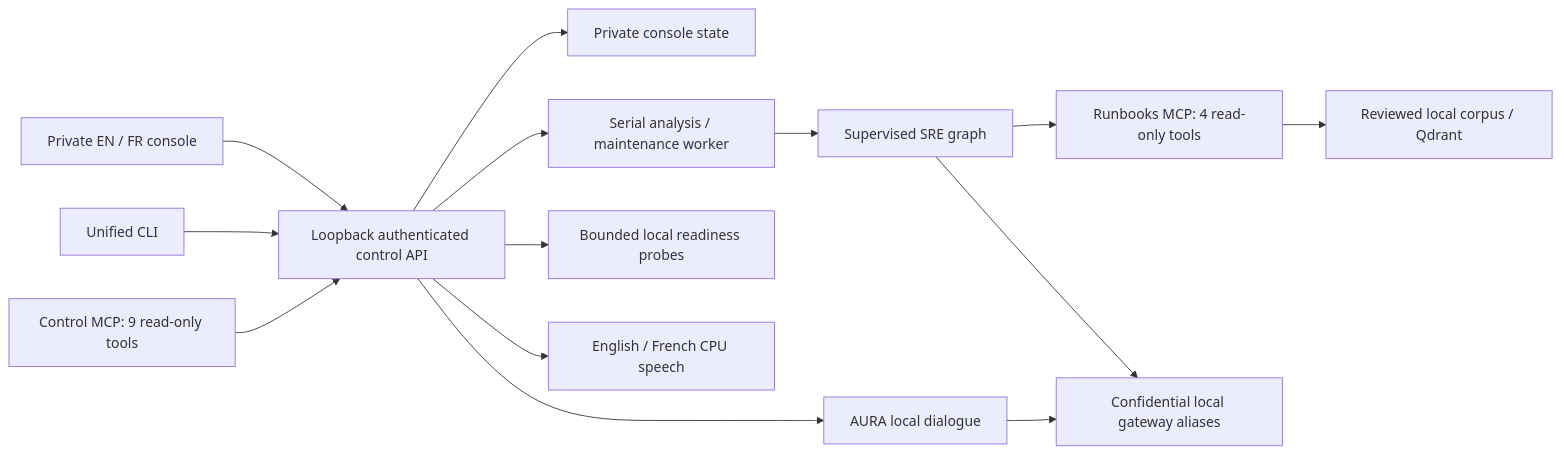
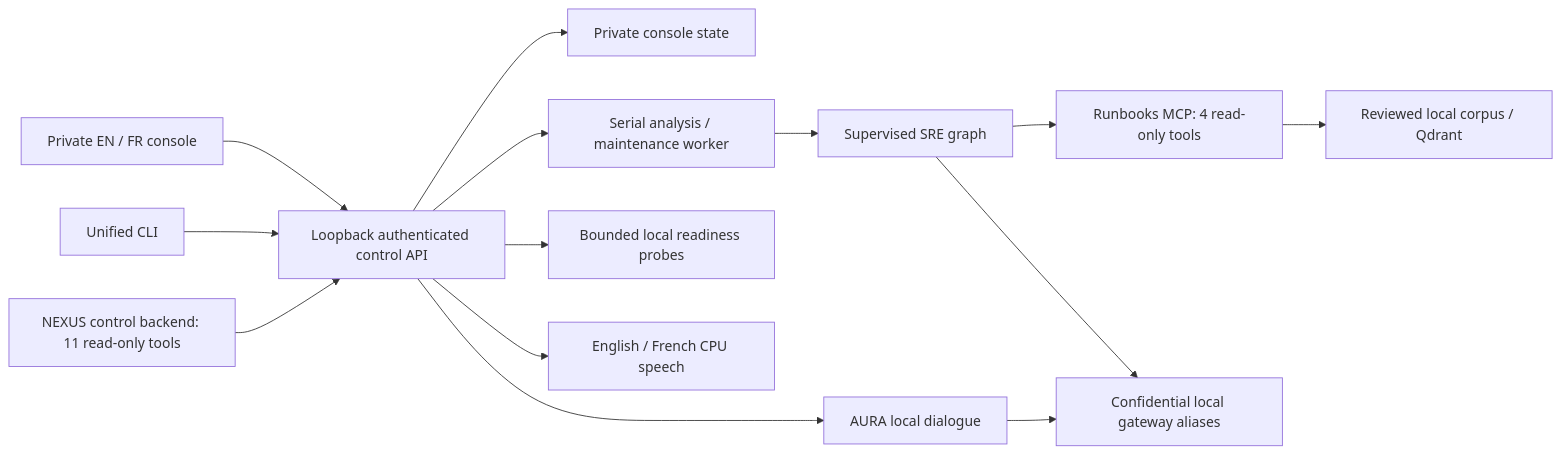
Before and after one commit to Vedric/ambicrafted-platform-workspace: the diagram in docs/ARCHITECTURE.md, drawn with Mermaid. The commit also changed other lines of this file and 126 other files, not shown here.

````diff
--- a/docs/ARCHITECTURE.md
+++ b/docs/ARCHITECTURE.md
@@ -38,16 +39,16 @@
 ```mermaid
 flowchart LR
   UI[Private EN / FR console] --> API[Loopback authenticated control API]
   CLI[Unified CLI] --> API
-  CMCP[Control MCP: 9 read-only tools] --> API
+  CMCP[NEXUS control backend: 11 read-only tools] --> API
   API --> State[Private console state]
   API --> Jobs[Serial analysis / maintenance worker]
   Jobs --> Graph[Supervised SRE graph]
   Graph --> RMCP[Runbooks MCP: 4 read-only tools]
   RMCP --> Corpus[Reviewed local corpus / Qdrant]
   API --> Ready[Bounded local readiness probes]
   API --> Aura[AURA local dialogue]
   API --> Voice[English / French CPU speech]
   Graph --> Gateway[Confidential local gateway aliases]
   Aura --> Gateway
 ```
````
